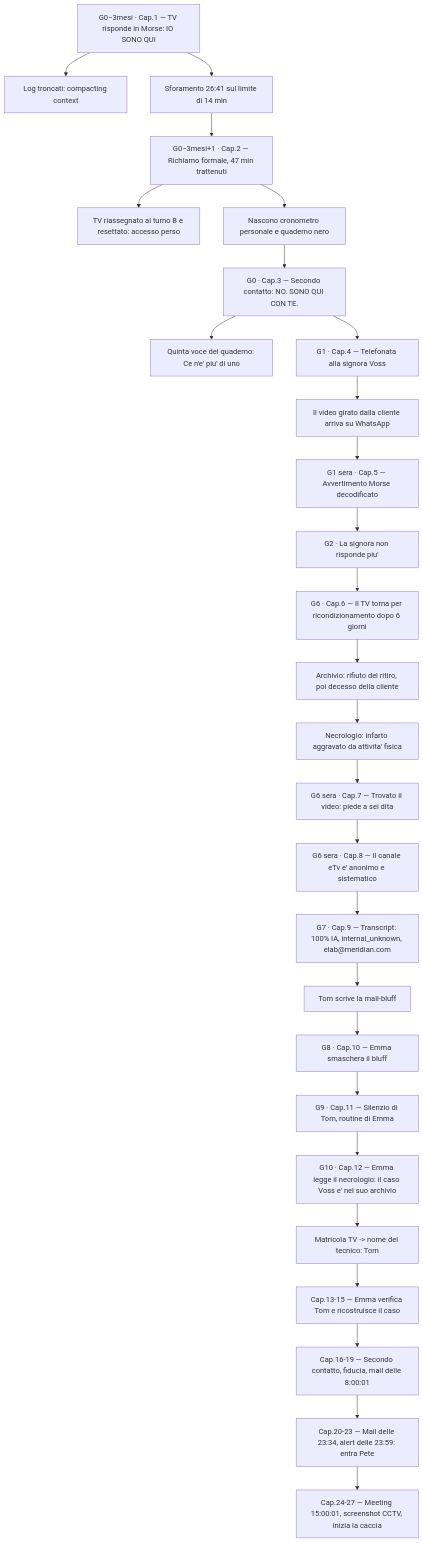
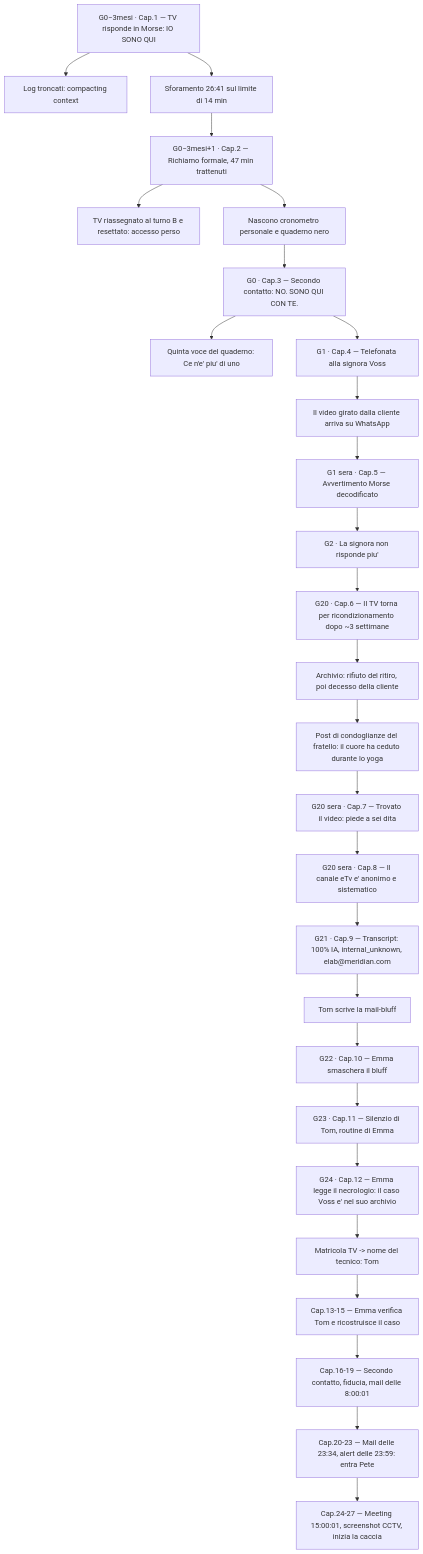
Before and after one commit to simonediroma/mantra-prompting: the diagram in mappa-eventi.md, drawn with Mermaid. The commit also changed other lines of this file and 4 other files, not shown here.

First line of the commit message:
Cap. 6 v4.0: integrazione completa del ciclo 4; cronologia scalata (+14 giorni da G6), Morse aggiornato nei file di servizio

````diff
--- a/mappa-eventi.md
+++ b/mappa-eventi.md
@@ -74,29 +74,29 @@
 ```mermaid
 flowchart TD
     A["G0−3mesi · Cap.1 — TV risponde in Morse: IO SONO QUI"] --> B["Log troncati: compacting context"]
     A --> C["Sforamento 26:41 sul limite di 14 min"]
     C --> D["G0−3mesi+1 · Cap.2 — Richiamo formale, 47 min trattenuti"]
     D --> E["TV riassegnato al turno B e resettato: accesso perso"]
     D --> F["Nascono cronometro personale e quaderno nero"]
     F --> G["G0 · Cap.3 — Secondo contatto: NO. SONO QUI CON TE."]
     G --> H["Quinta voce del quaderno: Ce n'e' piu' di uno"]
     G --> I["G1 · Cap.4 — Telefonata alla signora Voss"]
     I --> J["Il video girato dalla cliente arriva su WhatsApp"]
     J --> K["G1 sera · Cap.5 — Avvertimento Morse decodificato"]
     K --> L["G2 · La signora non risponde piu'"]
-    L --> M["G6 · Cap.6 — Il TV torna per ricondizionamento dopo 6 giorni"]
+    L --> M["G20 · Cap.6 — Il TV torna per ricondizionamento dopo ~3 settimane"]
     M --> N["Archivio: rifiuto del ritiro, poi decesso della cliente"]
-    N --> O["Necrologio: infarto aggravato da attivita' fisica"]
-    O --> P["G6 sera · Cap.7 — Trovato il video: piede a sei dita"]
-    P --> Q["G6 sera · Cap.8 — Il canale eTv e' anonimo e sistematico"]
-    Q --> R["G7 · Cap.9 — Transcript: 100% IA, internal_unknown, elab@meridian.com"]
+    N --> O["Post di condoglianze del fratello: il cuore ha ceduto durante lo yoga"]
+    O --> P["G20 sera · Cap.7 — Trovato il video: piede a sei dita"]
+    P --> Q["G20 sera · Cap.8 — Il canale eTv e' anonimo e sistematico"]
+    Q --> R["G21 · Cap.9 — Transcript: 100% IA, internal_unknown, elab@meridian.com"]
     R --> S["Tom scrive la mail-bluff"]
-    S --> T["G8 · Cap.10 — Emma smaschera il bluff"]
-    T --> U["G9 · Cap.11 — Silenzio di Tom, routine di Emma"]
-    U --> V["G10 · Cap.12 — Emma legge il necrologio: il caso Voss e' nel suo archivio"]
+    S --> T["G22 · Cap.10 — Emma smaschera il bluff"]
+    T --> U["G23 · Cap.11 — Silenzio di Tom, routine di Emma"]
+    U --> V["G24 · Cap.12 — Emma legge il necrologio: il caso Voss e' nel suo archivio"]
     V --> W["Matricola TV -> nome del tecnico: Tom"]
     W --> X["Cap.13-15 — Emma verifica Tom e ricostruisce il caso"]
     X --> Y["Cap.16-19 — Secondo contatto, fiducia, mail delle 8:00:01"]
     Y --> Z["Cap.20-23 — Mail delle 23:34, alert delle 23:59: entra Pete"]
     Z --> AA["Cap.24-27 — Meeting 15:00:01, screenshot CCTV, inizia la caccia"]
 ```
````
